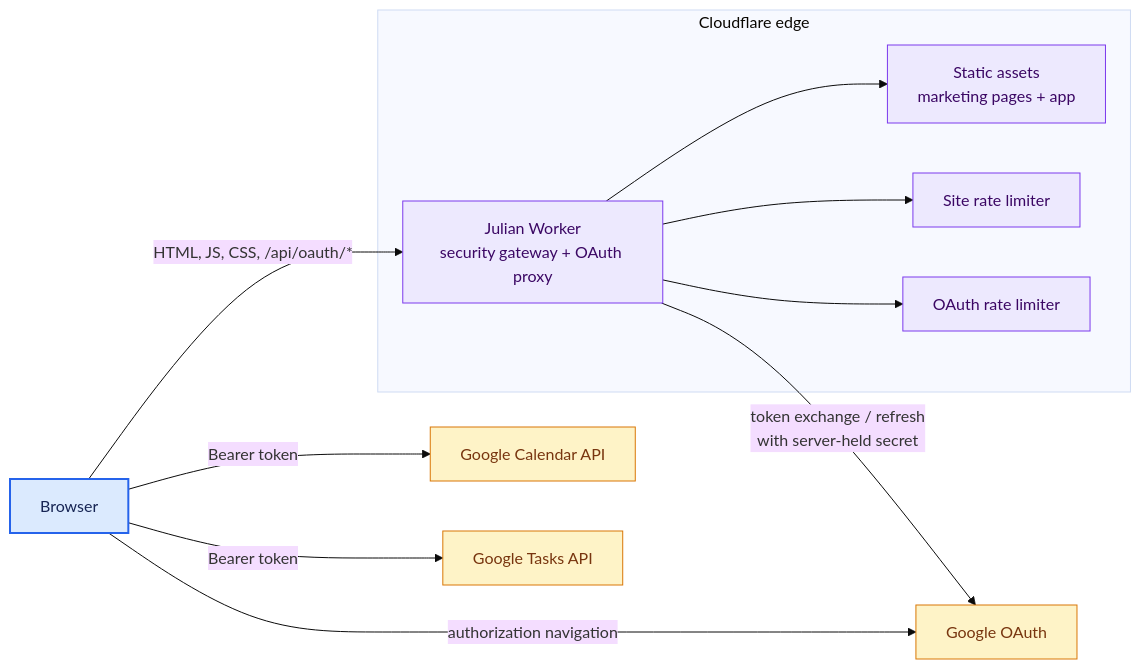
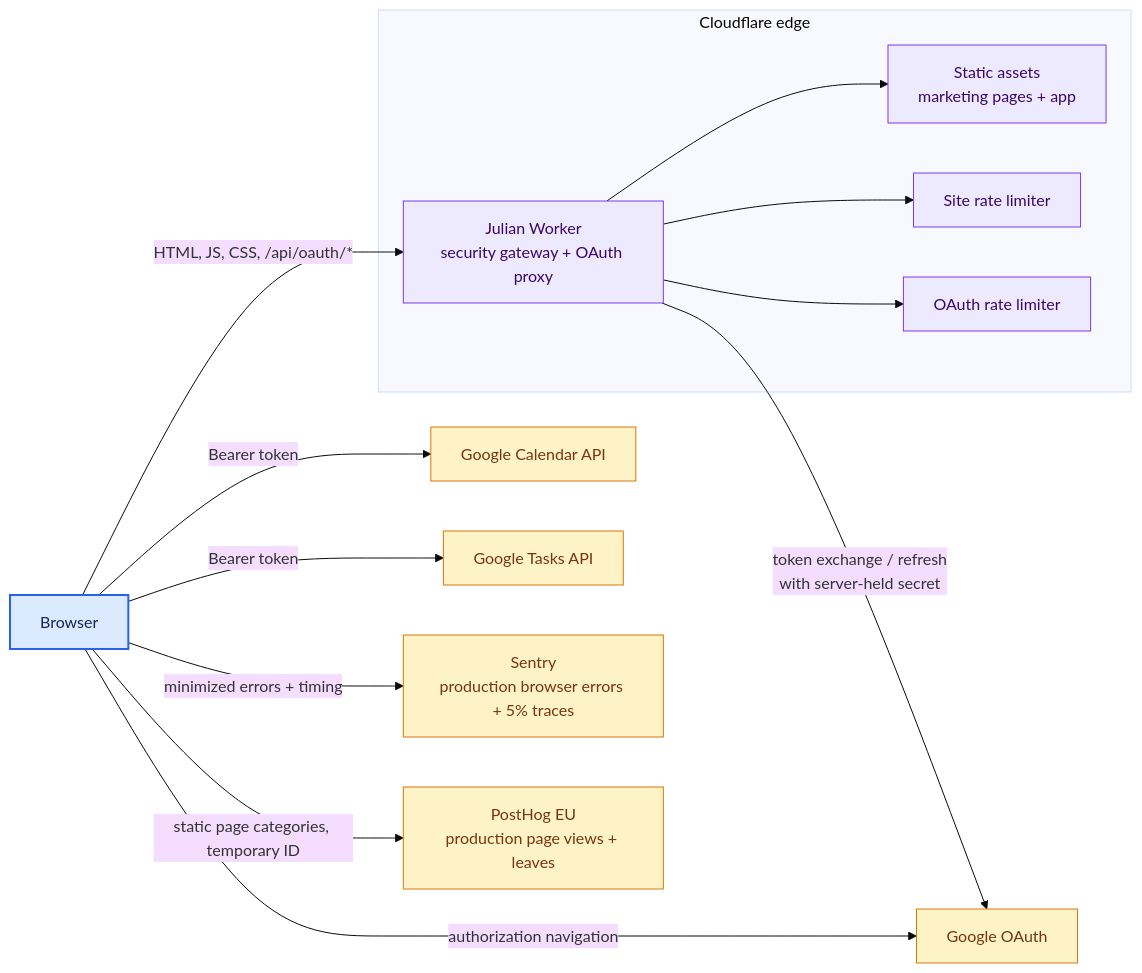
Before and after one commit to krmznkr/julian: the first of 6 diagrams in docs/architecture.md, drawn with Mermaid (base theme). The commit also changed other lines of this file and 35 other files, not shown here.

First line of the commit message:
feat: add production error tracking and page analytics (#53)

````diff
--- a/docs/architecture.md
+++ b/docs/architecture.md
@@ -10,31 +10,35 @@
 ```mermaid
 flowchart LR
   user["Browser"]
 
   subgraph edge["Cloudflare edge"]
     worker["Julian Worker<br/>security gateway + OAuth proxy"]
     assets["Static assets<br/>marketing pages + app"]
     siteLimit["Site rate limiter"]
     oauthLimit["OAuth rate limiter"]
   end
 
   googleAuth["Google OAuth"]
   calendar["Google Calendar API"]
   tasks["Google Tasks API"]
+  sentry["Sentry<br/>production browser errors + 5% traces"]
+  posthog["PostHog EU<br/>production page views + leaves"]
 
   user -->|"HTML, JS, CSS, /api/oauth/*"| worker
   worker --> siteLimit
   worker --> assets
   worker --> oauthLimit
   worker -->|"token exchange / refresh<br/>with server-held secret"| googleAuth
   user -->|"authorization navigation"| googleAuth
   user -->|"Bearer token"| calendar
   user -->|"Bearer token"| tasks
+  user -->|"minimized errors + timing"| sentry
+  user -->|"static page categories, temporary ID"| posthog
 
   classDef client fill:#dbeafe,stroke:#2563eb,color:#172554,stroke-width:2px
   classDef edgeNode fill:#ede9fe,stroke:#7c3aed,color:#3b0764
   classDef external fill:#fef3c7,stroke:#d97706,color:#78350f
   class user client
   class worker,assets,siteLimit,oauthLimit edgeNode
-  class googleAuth,calendar,tasks external
+  class googleAuth,calendar,tasks,sentry,posthog external
 ```
````
